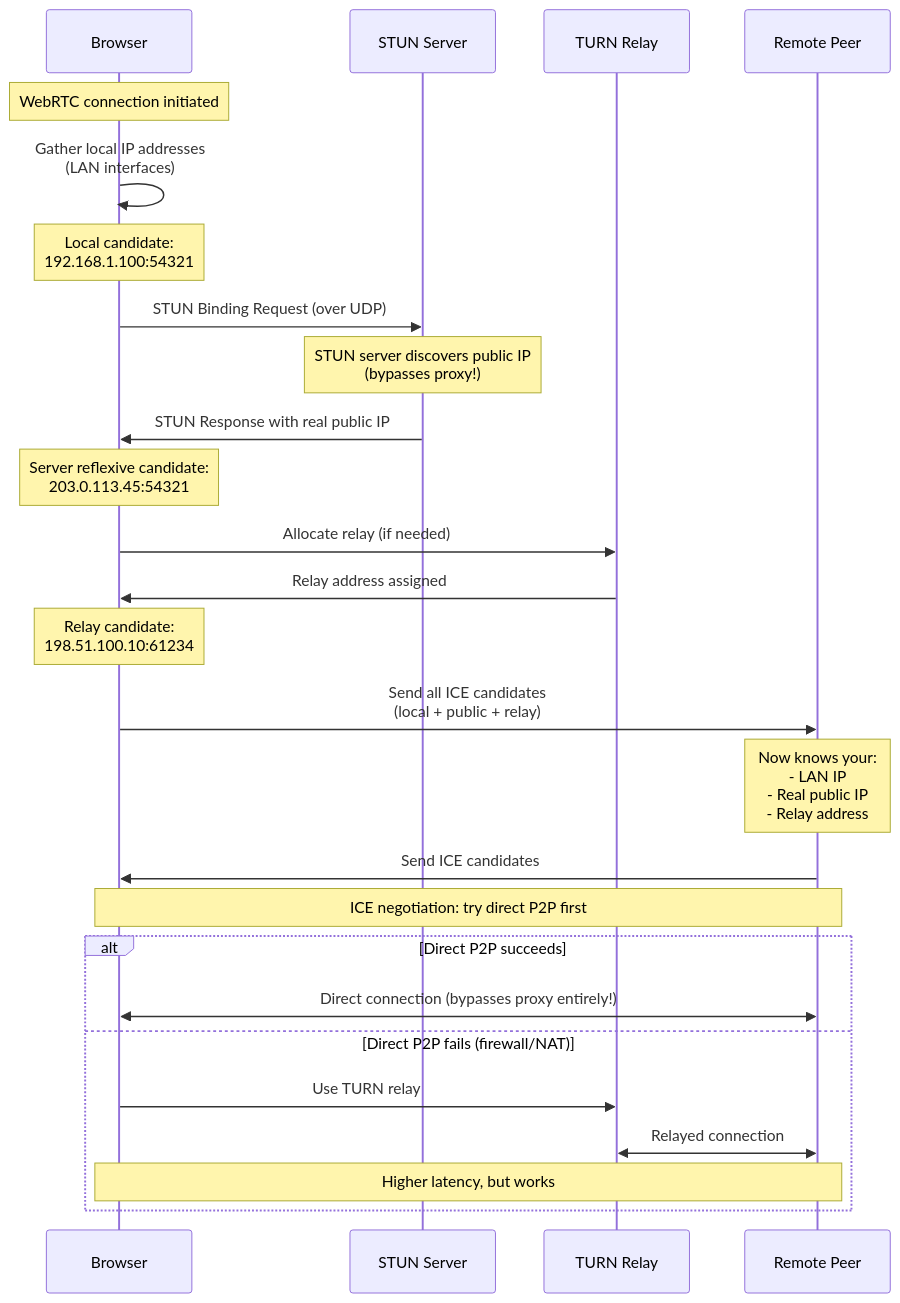
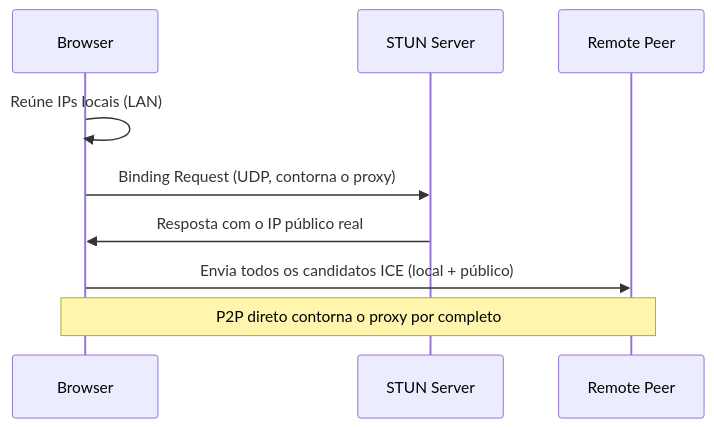
Before and after one commit to autoscrape-labs/pydoll: the third of 3 diagrams in docs/pt/deep-dive/network/network-fundamentals.md, drawn with Mermaid. The commit also changed other lines of this file and 241 other files, not shown here.

````diff
--- a/docs/pt/deep-dive/network/network-fundamentals.md
+++ b/docs/pt/deep-dive/network/network-fundamentals.md
@@ -199,36 +122,12 @@
 ```mermaid
 sequenceDiagram
     participant Browser
     participant STUN as STUN Server
-    participant TURN as TURN Relay
     participant Peer as Remote Peer
 
-    Note over Browser: WebRTC connection initiated
-
-    Browser->>Browser: Gather local IP addresses<br/>(LAN interfaces)
-    Note over Browser: Local candidate:<br/>192.168.1.100:54321
-
-    Browser->>STUN: STUN Binding Request (over UDP)
-    Note over STUN: STUN server discovers public IP<br/>(bypasses proxy!)
-    STUN->>Browser: STUN Response with real public IP
-    Note over Browser: Server reflexive candidate:<br/>203.0.113.45:54321
-
-    Browser->>TURN: Allocate relay (if needed)
-    TURN->>Browser: Relay address assigned
-    Note over Browser: Relay candidate:<br/>198.51.100.10:61234
-
-    Browser->>Peer: Send all ICE candidates<br/>(local + public + relay)
-    Note over Peer: Now knows your:<br/>- LAN IP<br/>- Real public IP<br/>- Relay address
-
-    Peer->>Browser: Send ICE candidates
-
-    Note over Browser,Peer: ICE negotiation: try direct P2P first
-
-    alt Direct P2P succeeds
-        Browser<<->>Peer: Direct connection (bypasses proxy entirely!)
-    else Direct P2P fails (firewall/NAT)
-        Browser->>TURN: Use TURN relay
-        TURN<<->>Peer: Relayed connection
-        Note over Browser,Peer: Higher latency, but works
-    end
+    Browser->>Browser: Reúne IPs locais (LAN)
+    Browser->>STUN: Binding Request (UDP, contorna o proxy)
+    STUN->>Browser: Resposta com o IP público real
+    Browser->>Peer: Envia todos os candidatos ICE (local + público)
+    Note over Browser,Peer: P2P direto contorna o proxy por completo
 ```
````
